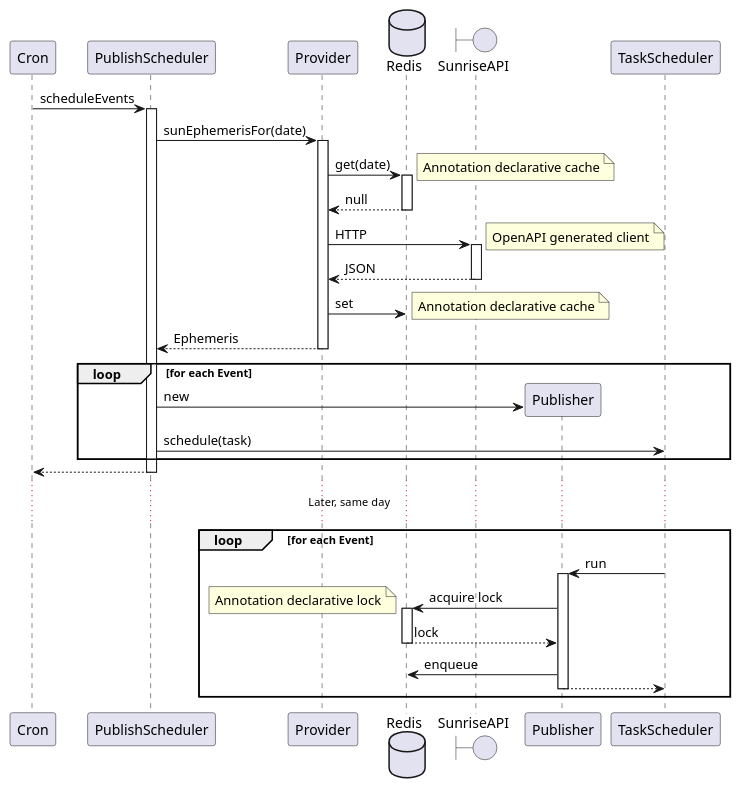
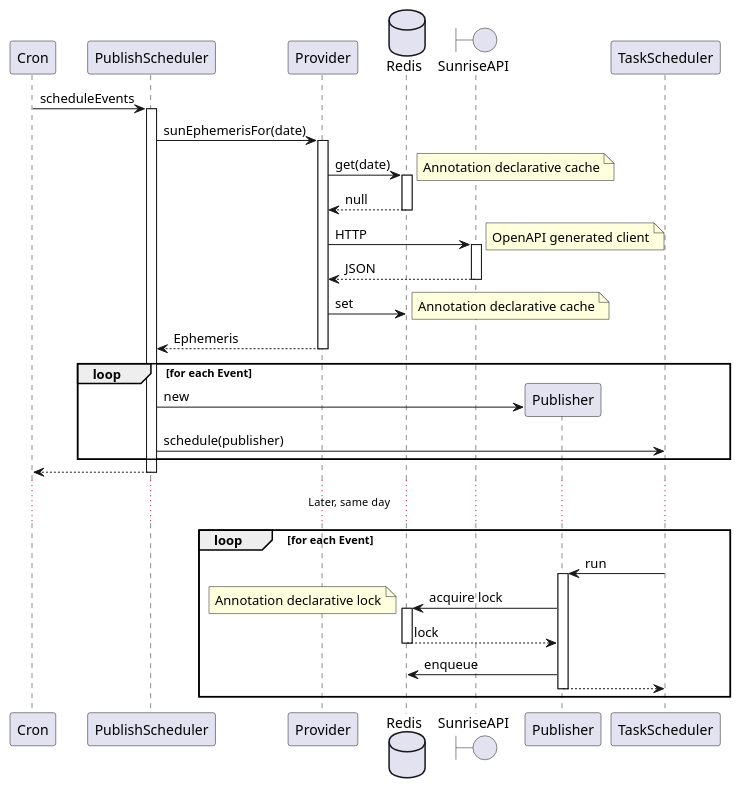
Before and after one commit to mwierzchowski/sun-ephemeris: the diagram in etc/seq-success.puml, drawn with PlantUML.

Commit message:
Documentation improvements

```diff
--- a/etc/seq-success.puml
+++ b/etc/seq-success.puml
@@ -1,48 +1,48 @@
 @startuml
 
 Cron -> PublishScheduler : scheduleEvents
 activate PublishScheduler
     PublishScheduler -> Provider : sunEphemerisFor(date)
     activate Provider
         database Redis
         Provider -> Redis : get(date)
         note right : Annotation declarative cache
         activate Redis
             Provider <-- Redis : null
         deactivate Redis
         boundary SunriseAPI
         Provider -> SunriseAPI : HTTP
         note right : OpenAPI generated client
         activate SunriseAPI
             Provider <-- SunriseAPI : JSON
         deactivate SunriseAPI
         Provider -> Redis : set
         note right : Annotation declarative cache
         PublishScheduler <-- Provider : Ephemeris
     deactivate Provider
 
     loop for each Event
         create Publisher
         PublishScheduler -> Publisher : new
-        PublishScheduler -> TaskScheduler : schedule(task)
+        PublishScheduler -> TaskScheduler : schedule(publisher)
     end
 
     Cron <-- PublishScheduler
 deactivate PublishScheduler
 
 ... Later, same day ...
 
 loop for each Event
     TaskScheduler -> Publisher : run
     activate Publisher
         Publisher -> Redis : acquire lock
         note left : Annotation declarative lock
         activate Redis
             Publisher <-- Redis : lock
         deactivate Redis
         Publisher -> Redis : enqueue
         TaskScheduler <-- Publisher
     deactivate Publisher
 end
 
 @enduml
```
